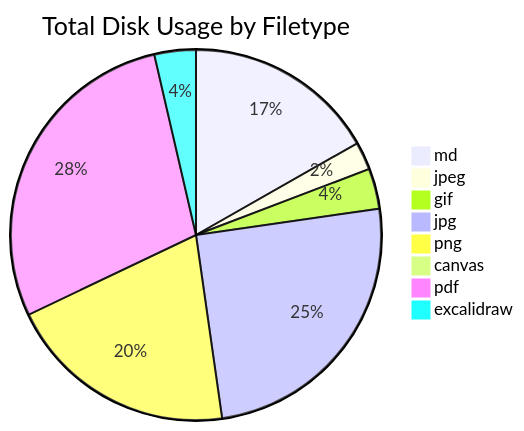
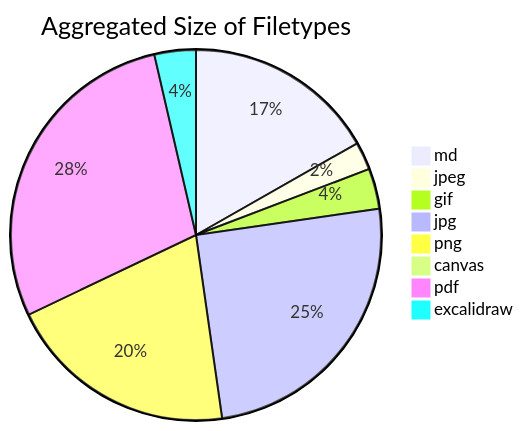
The first of 5 diagrams in README.md (Promptier/disk-usage), drawn with Mermaid before and after one commit. The commit also changed other lines of this file, not shown here.

````diff
--- a/README.md
+++ b/README.md
@@ -14,11 +15,11 @@
 ```mermaid
-pie title Total Disk Usage by Filetype
+pie title Aggregated Size of Filetypes
 	"md" : 58581
 	"jpeg" : 8528
 	"gif" : 12303
 	"jpg" : 87401
 	"png" : 70515
 	"canvas" : 645
 	"pdf" : 99415
 	"excalidraw" : 12646
 ```
````
